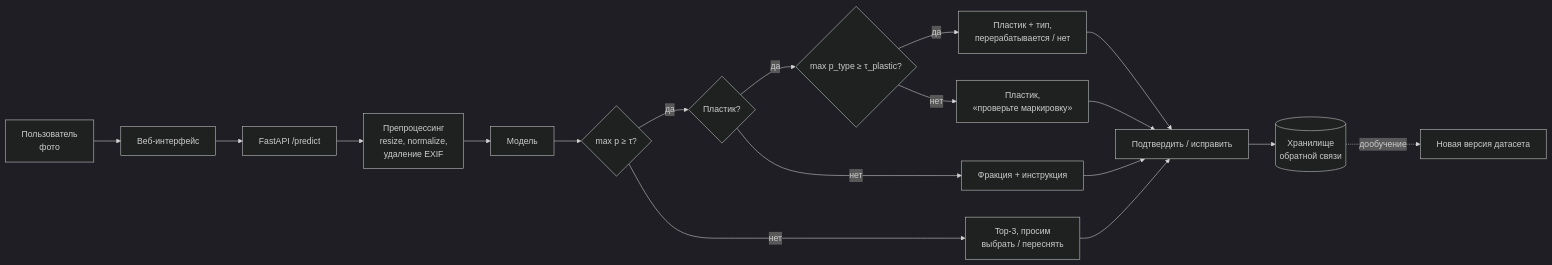
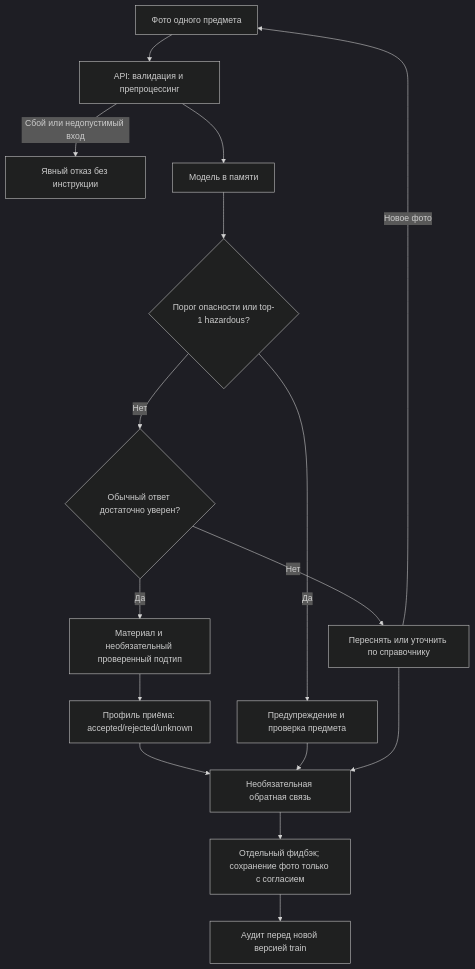
Before and after one commit to mura4k/waste_sorter: the second of 2 diagrams in docs/ml_system_design_doc.md, drawn with Mermaid (dark theme). The commit also changed other lines of this file and 7 other files, not shown here.

````diff
--- a/docs/ml_system_design_doc.md
+++ b/docs/ml_system_design_doc.md
@@ -213,20 +339,18 @@
 ```mermaid
-flowchart LR
-    P[Пользователь<br/>фото] --> W[Веб-интерфейс]
-    W --> API[FastAPI /predict]
-    API --> PRE[Препроцессинг<br/>resize, normalize,<br/>удаление EXIF]
-    PRE --> M[Модель]
-    M --> T{max p ≥ τ?}
-    T -- да --> PL{Пластик?}
-    PL -- нет --> R[Фракция + инструкция]
-    PL -- да --> TP{max p_type ≥ τ_plastic?}
-    TP -- да --> RP[Пластик + тип,<br/>перерабатывается / нет]
-    TP -- нет --> RP2[Пластик,<br/>«проверьте маркировку»]
-    RP --> FB
-    RP2 --> FB
-    T -- нет --> Q[Top-3, просим<br/>выбрать / переснять]
-    R --> FB[Подтвердить / исправить]
-    Q --> FB
-    FB --> DB[(Хранилище<br/>обратной связи)]
-    DB -. дообучение .-> U2[Новая версия датасета]
+flowchart TD
+    U[Фото одного предмета] --> A[API: валидация и препроцессинг]
+    A -->|Сбой или недопустимый вход| E[Явный отказ без инструкции]
+    A --> M[Модель в памяти]
+    M --> H{Порог опасности или top-1 hazardous?}
+    H -->|Да| W[Предупреждение и проверка предмета]
+    H -->|Нет| C{Обычный ответ достаточно уверен?}
+    C -->|Нет| R[Переснять или уточнить по справочнику]
+    C -->|Да| K[Материал и необязательный проверенный подтип]
+    K --> P[Профиль приёма: accepted/rejected/unknown]
+    P --> FB[Необязательная обратная связь]
+    W --> FB
+    R --> FB
+    FB --> Q[Отдельный фидбэк; сохранение фото только с согласием]
+    R -->|Новое фото| U
+    Q --> AU[Аудит перед новой версией train]
 ```
````
